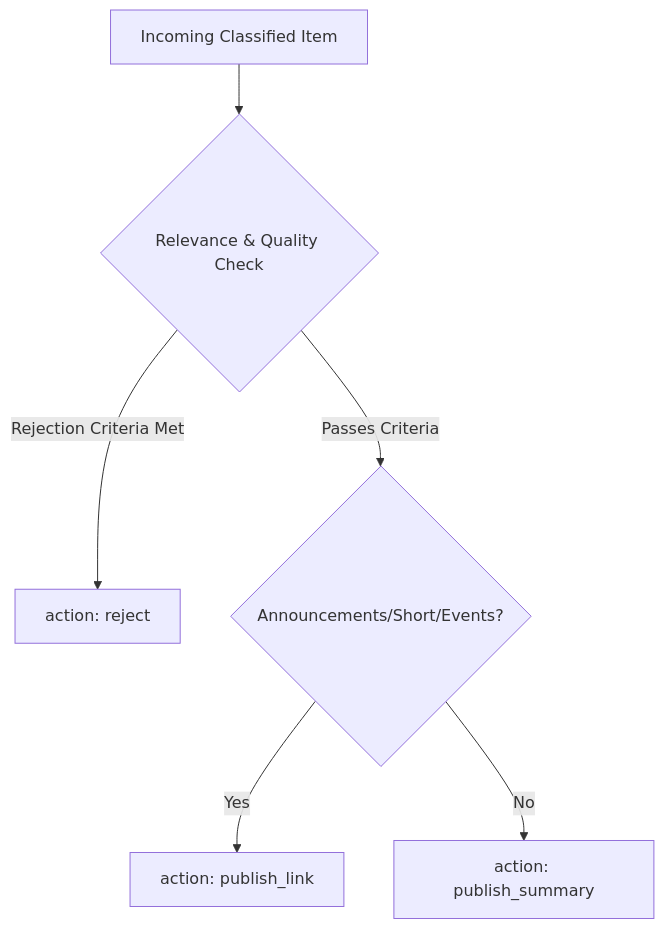
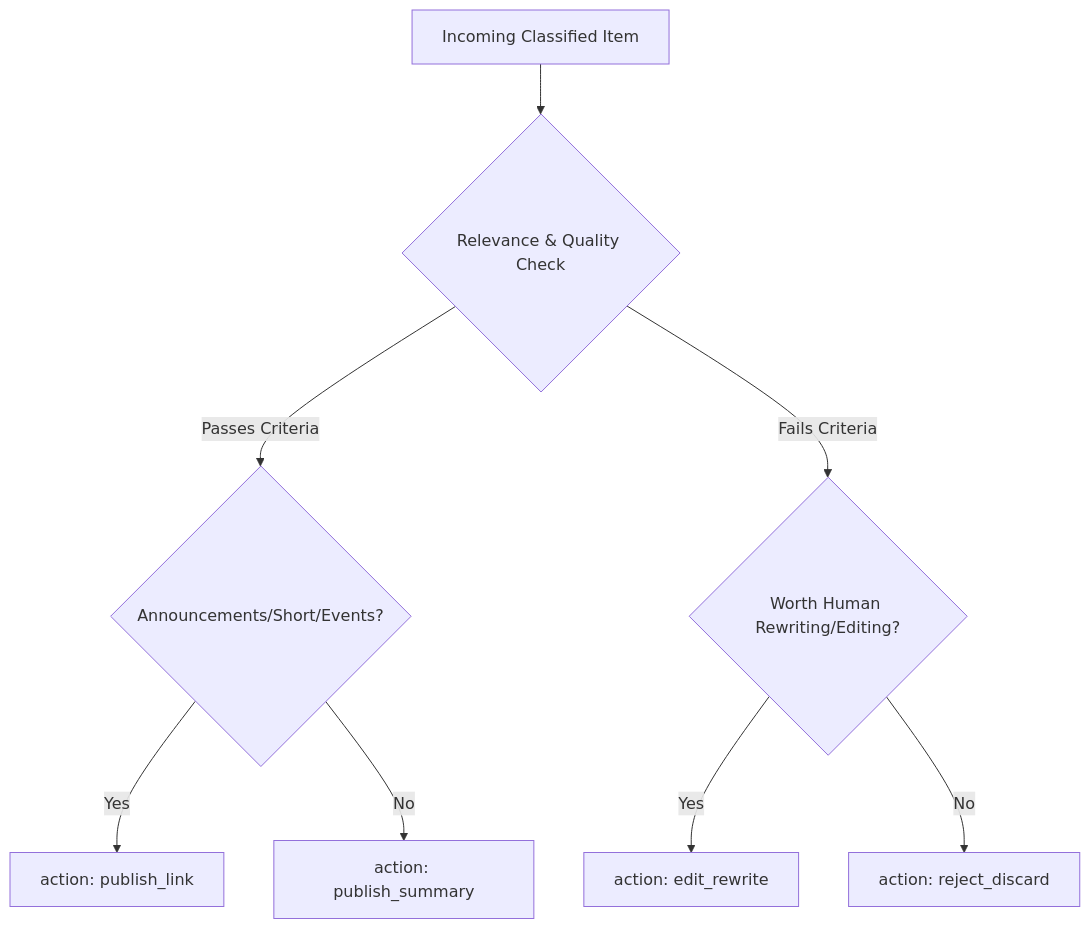
Before and after one commit to unendless314/exopolitics: the diagram in modules/review/docs/REVIEW_POLICY.md, drawn with Mermaid. The commit also changed other lines of this file and 6 other files, not shown here.

````diff
--- a/modules/review/docs/REVIEW_POLICY.md
+++ b/modules/review/docs/REVIEW_POLICY.md
@@ -49,8 +49,10 @@
 ```mermaid
 graph TD
     A[Incoming Classified Item] --> B{Relevance & Quality Check}
-    B -- Rejection Criteria Met --> C[action: reject]
     B -- Passes Criteria --> D{Announcements/Short/Events?}
     D -- Yes --> E[action: publish_link]
     D -- No --> F[action: publish_summary]
+    B -- Fails Criteria --> G{Worth Human Rewriting/Editing?}
+    G -- Yes --> H[action: edit_rewrite]
+    G -- No --> I[action: reject_discard]
 ```
````
